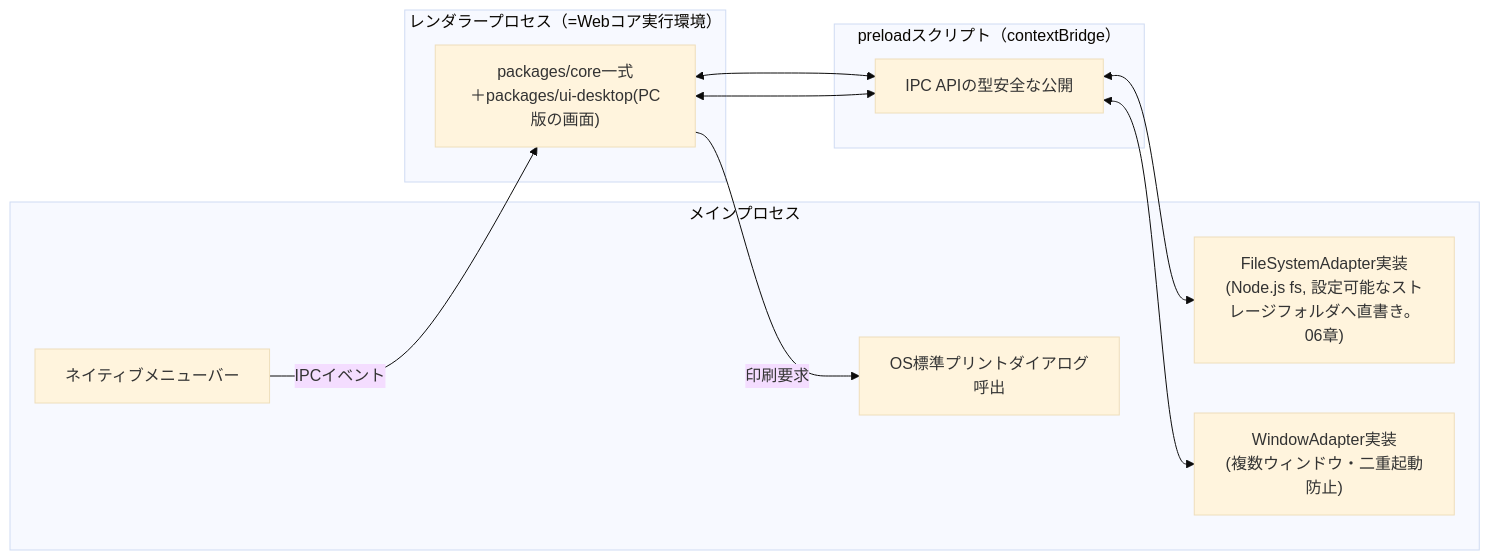
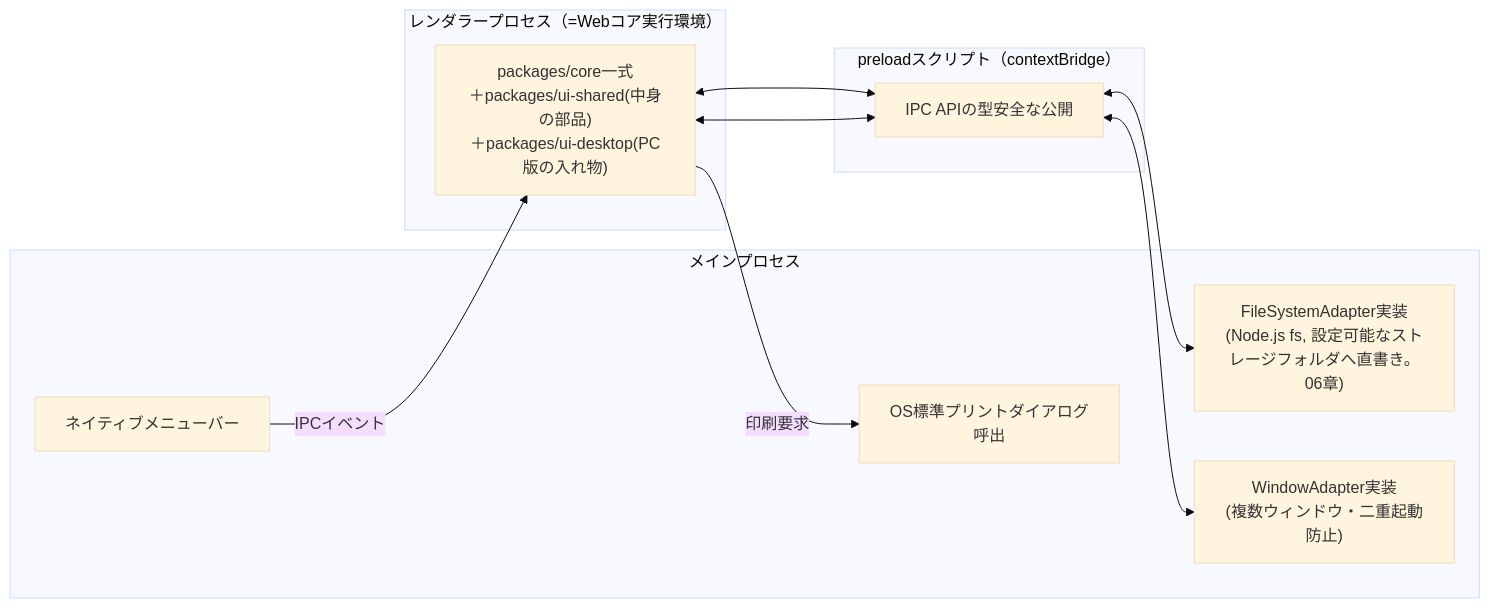
The second of 2 diagrams in docs/basic_design/01_architecture.md (ippoooooshi/RiFF-LiNE), drawn with Mermaid (base theme) before and after one commit. The commit also changed other lines of this file and 6 other files, not shown here.

First line of the commit message:
docs(design): 103 番の決定で中身の部品を packages/ui-shared に分け、書き出し画面の欄の初めの値を書く

````diff
--- a/docs/basic_design/01_architecture.md
+++ b/docs/basic_design/01_architecture.md
@@ -141,19 +141,19 @@
 ```mermaid
 flowchart LR
     subgraph Main["メインプロセス"]
         MFS["FileSystemAdapter実装\n(Node.js fs, 設定可能なストレージフォルダへ直書き。06章)"]
         MWIN["WindowAdapter実装\n(複数ウィンドウ・二重起動防止)"]
         MMENU["ネイティブメニューバー"]
         MPRINT["OS標準プリントダイアログ呼出"]
     end
     subgraph Preload["preloadスクリプト（contextBridge）"]
         BRIDGE["IPC APIの型安全な公開"]
     end
     subgraph Renderer["レンダラープロセス（=Webコア実行環境）"]
-        CORE["packages/core一式\n＋packages/ui-desktop(PC版の画面)"]
+        CORE["packages/core一式\n＋packages/ui-shared(中身の部品)\n＋packages/ui-desktop(PC版の入れ物)"]
     end
     CORE <--> BRIDGE <--> MFS
     CORE <--> BRIDGE <--> MWIN
     MMENU -->|IPCイベント| CORE
     CORE -->|印刷要求| MPRINT
 ```
````
